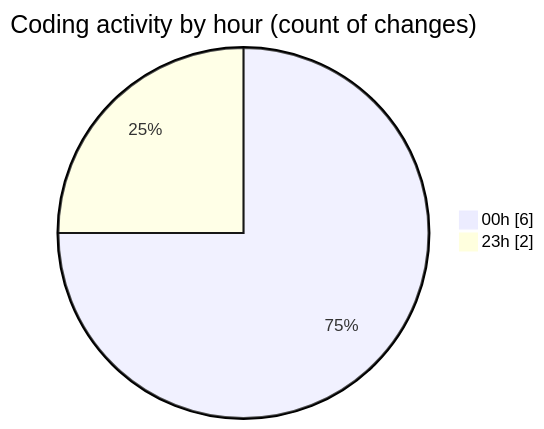
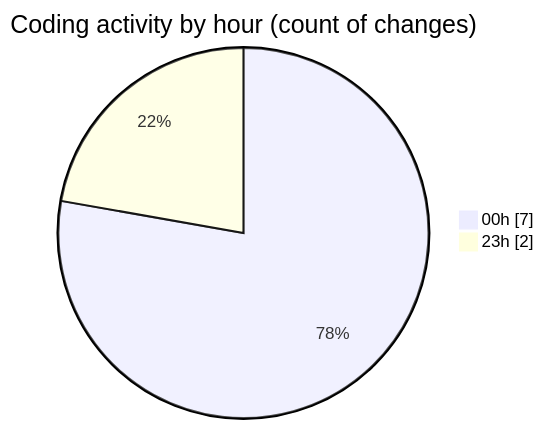
The second of 2 diagrams in 2025-11-15/cdp_aleoudev_fr__workspace_/README.md (julien-gomy/code-tracking), drawn with Mermaid before and after one commit. The commit also changed other lines of this file and 1 other file, not shown here.

````diff
--- a/2025-11-15/cdp_aleoudev_fr__workspace_/README.md
+++ b/2025-11-15/cdp_aleoudev_fr__workspace_/README.md
@@ -30,6 +30,6 @@
 ```mermaid
 pie showData
 title Coding activity by hour (count of changes)
-"00h" : 6
+"00h" : 7
 "23h" : 2
 ```
````
